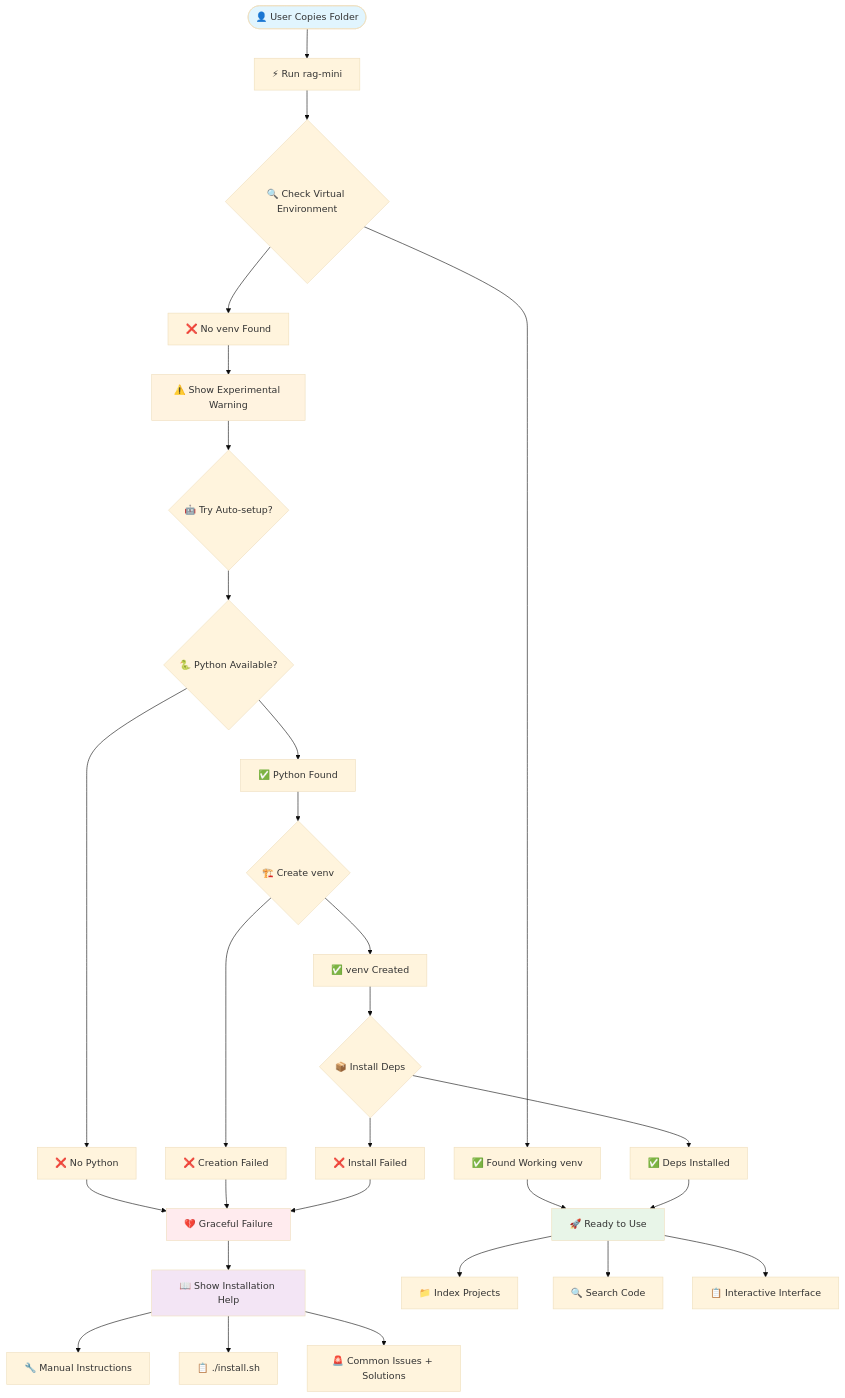
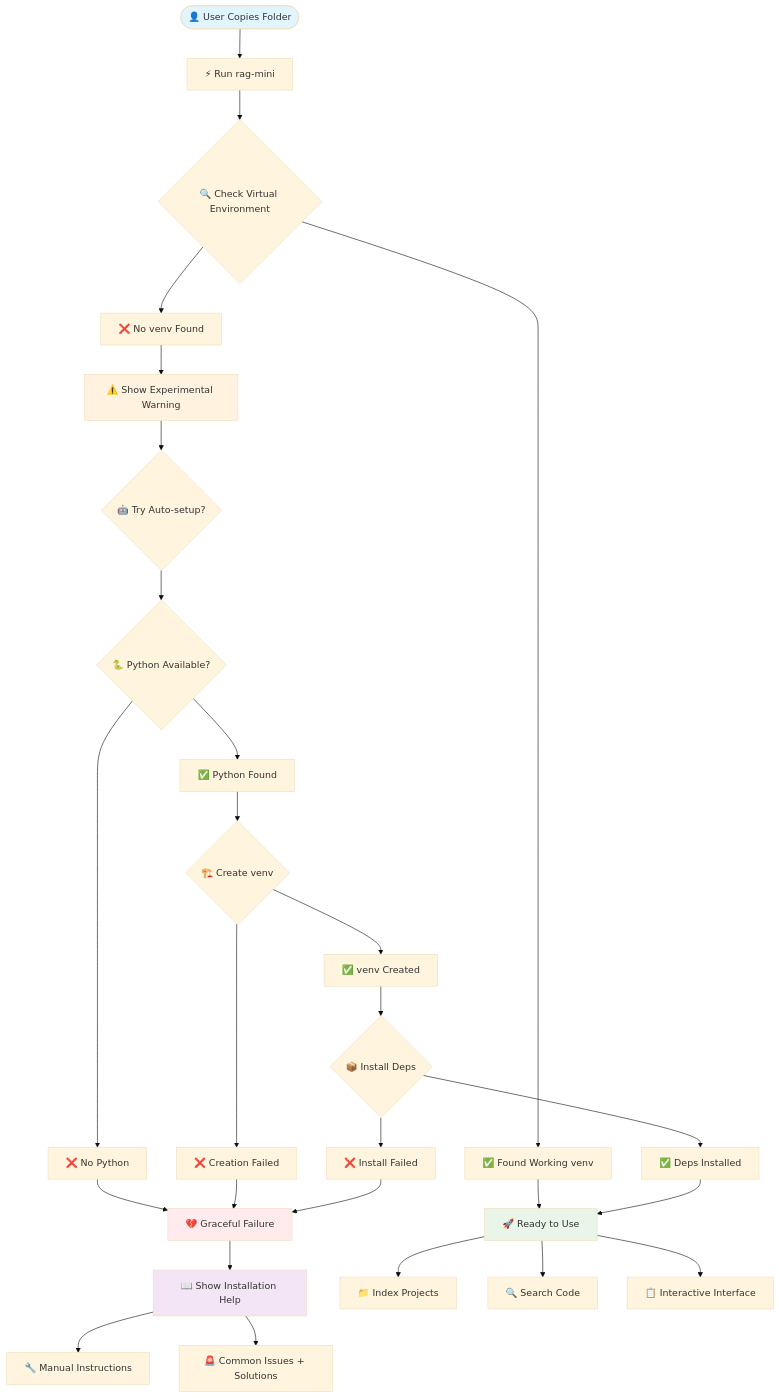
The sixth of 10 diagrams in docs/DIAGRAMS.md (FSSCoding/Fss-Mini-Rag), drawn with Mermaid (base theme) before and after one commit. The commit also changed other lines of this file and 1 other file, not shown here.

First line of the commit message:
Rebuild search: independent BM25 + RRF fusion, fix diagrams

````diff
--- a/docs/DIAGRAMS.md
+++ b/docs/DIAGRAMS.md
@@ -185,38 +214,37 @@
 ```mermaid
 flowchart TD
     Start([👤 User Copies Folder]) --> Run[⚡ Run rag-mini]
     
     Run --> Check{🔍 Check Virtual Environment}
     Check --> Found[✅ Found Working venv] 
     Check --> Missing[❌ No venv Found]
     
     Found --> Ready[🚀 Ready to Use]
     
     Missing --> Warning[⚠️ Show Experimental Warning]
     Warning --> Auto{🤖 Try Auto-setup?}
     
     Auto --> Python{🐍 Python Available?}
     Python --> No[❌ No Python] --> Fail
     Python --> Yes[✅ Python Found] --> Create{🏗️ Create venv}
     
     Create --> Failed[❌ Creation Failed] --> Fail
     Create --> Success[✅ venv Created] --> Install{📦 Install Deps}
     
     Install --> InstallFail[❌ Install Failed] --> Fail
     Install --> InstallOK[✅ Deps Installed] --> Ready
     
     Fail[💔 Graceful Failure] --> Help[📖 Show Installation Help]
     Help --> Manual[🔧 Manual Instructions]
-    Help --> Installer[📋 ./install.sh]
     Help --> Issues[🚨 Common Issues + Solutions]
     
     Ready --> Index[📁 Index Projects]
     Ready --> Search[🔍 Search Code]
     Ready --> TUI[📋 Interactive Interface]
     
     style Start fill:#e1f5fe
     style Ready fill:#e8f5e8
     style Warning fill:#fff3e0
     style Fail fill:#ffebee
     style Help fill:#f3e5f5
 ```
````
